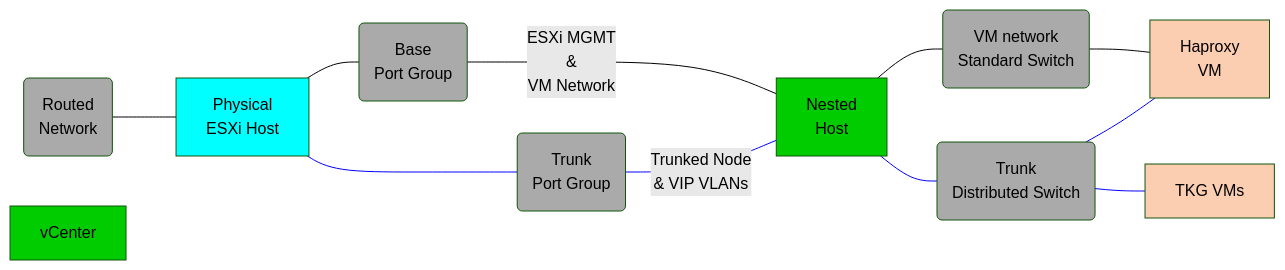
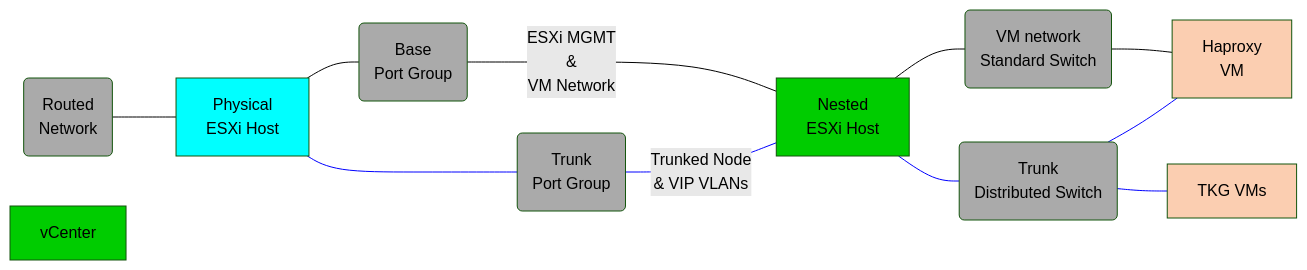
Before and after one commit to laidbackware/vmware-lab-builder: the diagram in var-examples/tanzu/vsphere-vds-haproxy/README.md, drawn with Mermaid (forest theme). The commit also changed 15 other files, not shown here.

Commit message:
refactor for alb 22.x mermaid fixes

````diff
--- a/var-examples/tanzu/vsphere-vds-haproxy/README.md
+++ b/var-examples/tanzu/vsphere-vds-haproxy/README.md
@@ -13,34 +13,34 @@
 ```mermaid
 flowchart LR
   router_net("Routed\nNetwork")
   esxi_host["Physical\nESXi Host"]
   base_pg("Base\nPort Group")
   trunk_pg("Trunk\nPort Group")
-  nested_host["Nested\nHost"]
+  nested_host["Nested\nESXi Host"]
   vcenter["vCenter"]
   base_vss("VM network\nStandard Switch")
   trunk_vds("Trunk\nDistributed Switch")
   nsx_seg["Haproxy\nVM"]
   tkg_vms["TKG VMs"]
 
   router_net --- esxi_host
   esxi_host --- base_pg & trunk_pg
   base_pg -- ESXi MGMT\n&\nVM Network ---- nested_host
   trunk_pg -- Trunked Node\n& VIP VLANs --- nested_host
   nested_host --- base_vss & trunk_vds
   base_vss & trunk_vds --- nsx_seg
   trunk_vds --- tkg_vms
   
   linkStyle 2,4,6,8,9 stroke:#00f
 
   style router_net fill:#aaa
   style base_pg fill:#aaa
   style trunk_pg fill:#aaa
   style base_vss fill:#aaa
   style trunk_vds fill:#aaa
   style esxi_host fill:#0ff
   style nested_host fill:#0c0
   style vcenter fill:#0c0
   style nsx_seg fill:#FBCEB1
   style tkg_vms fill:#FBCEB1
 ```
````
